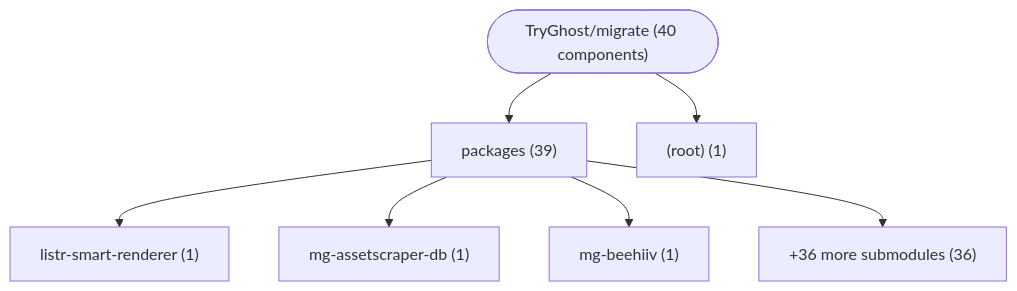
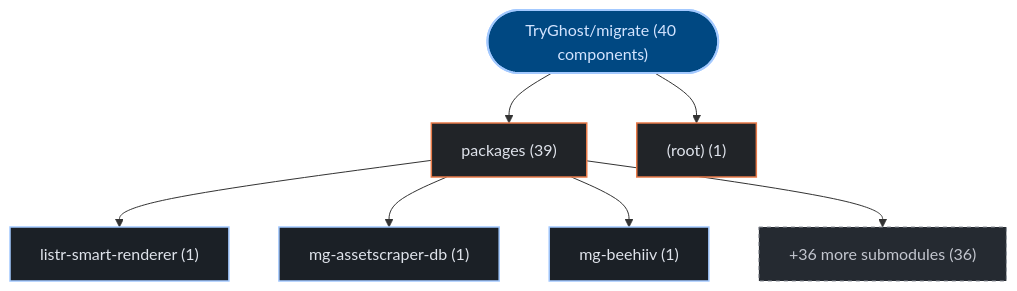
Before and after one commit to kumarshaz/atruss-code-atlas: the first of 2 diagrams in exports/latest/reports/TryGhost-migrate-report.md, drawn with Mermaid. The commit also changed other lines of this file and 331 other files, not shown here.

Commit message:
docs,ui,fix: update SDLC docs, reorder CI/CD DAG first, stylize Mermaid, and fix Arc42 pipeline topology

````diff
--- a/exports/latest/reports/TryGhost-migrate-report.md
+++ b/exports/latest/reports/TryGhost-migrate-report.md
@@ -42,16 +42,23 @@
 ```mermaid
 graph TD;
-    repo_root(["TryGhost/migrate (40 components)"])
-    dir_0_packages["packages (39)"]
+  classDef atlasRoot fill:#004882,stroke:#a3c9ff,stroke-width:2px,color:#d3e4ff
+  classDef atlasCategory fill:#212428,stroke:#E87A48,stroke-width:1.5px,color:#dfe3eb
+  classDef atlasWorkflow fill:#1b2026,stroke:#a3c9ff,stroke-width:1.5px,color:#dfe3eb
+  classDef atlasJob fill:#171c22,stroke:#8d9199,stroke-width:1px,color:#dfe3eb
+  classDef atlasTarget fill:#005227,stroke:#8bd99b,stroke-width:1.5px,color:#a7f6b6
+  classDef atlasAlert fill:#93000a,stroke:#ffb4ab,stroke-width:1.5px,color:#ffdad6
+  classDef atlasMore fill:#252a31,stroke:#8d9199,stroke-dasharray:4 4,color:#c3c6cf
+    repo_root(["TryGhost/migrate (40 components)"]):::atlasRoot
+    dir_0_packages["packages (39)"]:::atlasCategory
     repo_root --> dir_0_packages
-    sub_0_0_listr_smart_renderer["listr-smart-renderer (1)"]
+    sub_0_0_listr_smart_renderer["listr-smart-renderer (1)"]:::atlasWorkflow
     dir_0_packages --> sub_0_0_listr_smart_renderer
-    sub_0_1_mg_assetscraper_db["mg-assetscraper-db (1)"]
+    sub_0_1_mg_assetscraper_db["mg-assetscraper-db (1)"]:::atlasWorkflow
     dir_0_packages --> sub_0_1_mg_assetscraper_db
-    sub_0_2_mg_beehiiv["mg-beehiiv (1)"]
+    sub_0_2_mg_beehiiv["mg-beehiiv (1)"]:::atlasWorkflow
     dir_0_packages --> sub_0_2_mg_beehiiv
-    sub_0_more["+36 more submodules (36)"]
+    sub_0_more["+36 more submodules (36)"]:::atlasMore
     dir_0_packages --> sub_0_more
-    dir_1__root_["(root) (1)"]
+    dir_1__root_["(root) (1)"]:::atlasCategory
     repo_root --> dir_1__root_
 ```
````
